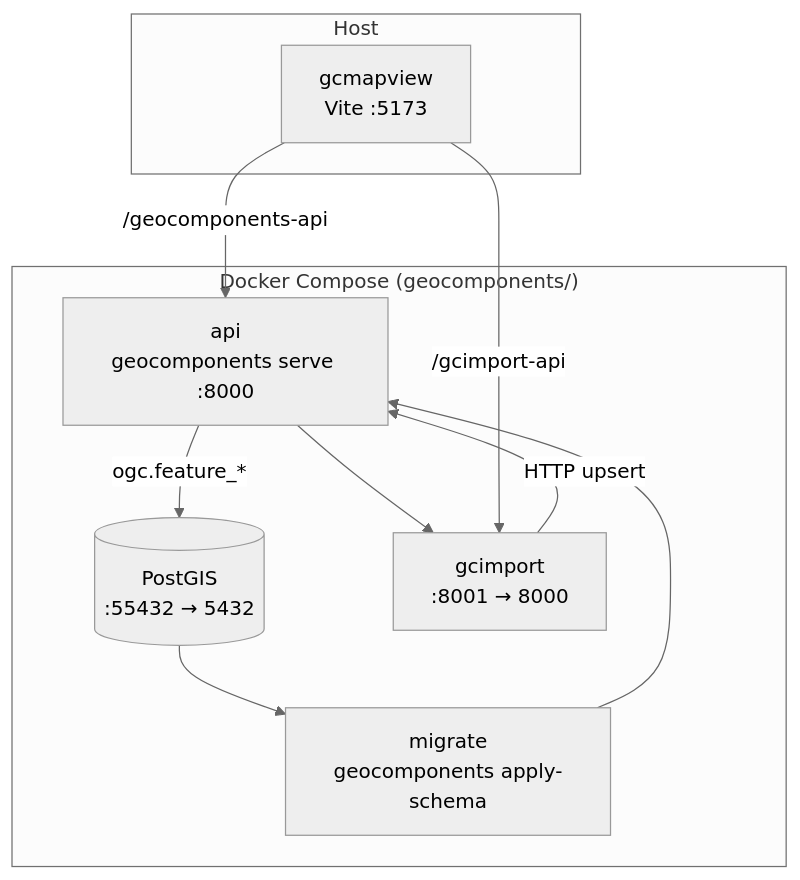
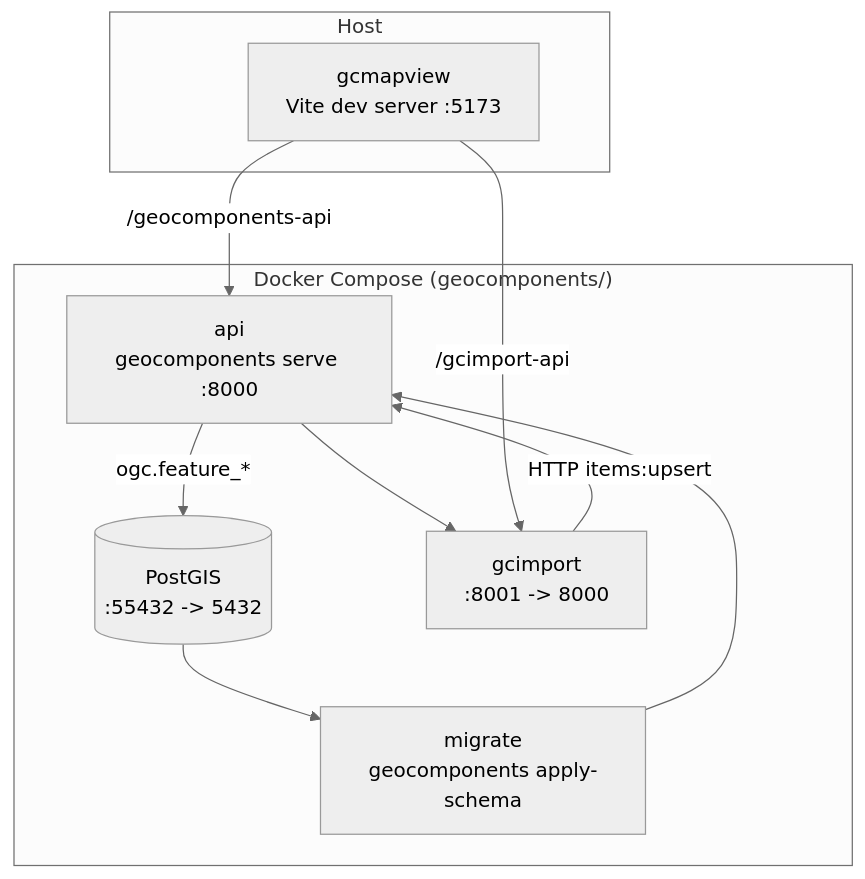
The second of 8 diagrams in docs/ARCHITECTURE.md (kartverket/topografisk-gdb-api), drawn with Mermaid (neutral theme) before and after one commit. The commit also changed other lines of this file and 38 other files, not shown here.

````diff
--- a/docs/ARCHITECTURE.md
+++ b/docs/ARCHITECTURE.md
@@ -38,20 +47,21 @@
 ```mermaid
 flowchart TB
   subgraph Host
-    FE["gcmapview<br/>Vite :5173"]
+    FE["gcmapview<br/>Vite dev server :5173"]
   end
 
   subgraph "Docker Compose (geocomponents/)"
-    DB[("PostGIS<br/>:55432 → 5432")]
+    DB[("PostGIS<br/>:55432 -> 5432")]
     MIG["migrate<br/>geocomponents apply-schema"]
     API["api<br/>geocomponents serve :8000"]
-    GCI["gcimport<br/>:8001 → 8000"]
+    IMP["gcimport<br/>:8001 -> 8000"]
+
     DB --> MIG --> API
-    API --> GCI
+    API --> IMP
   end
 
-  FE -->|"/geocomponents-api"| API
-  FE -->|"/gcimport-api"| GCI
-  GCI -->|HTTP upsert| API
+  FE -->|/geocomponents-api| API
+  FE -->|/gcimport-api| IMP
+  IMP -->|HTTP items:upsert| API
   API -->|ogc.feature_*| DB
 ```
````
